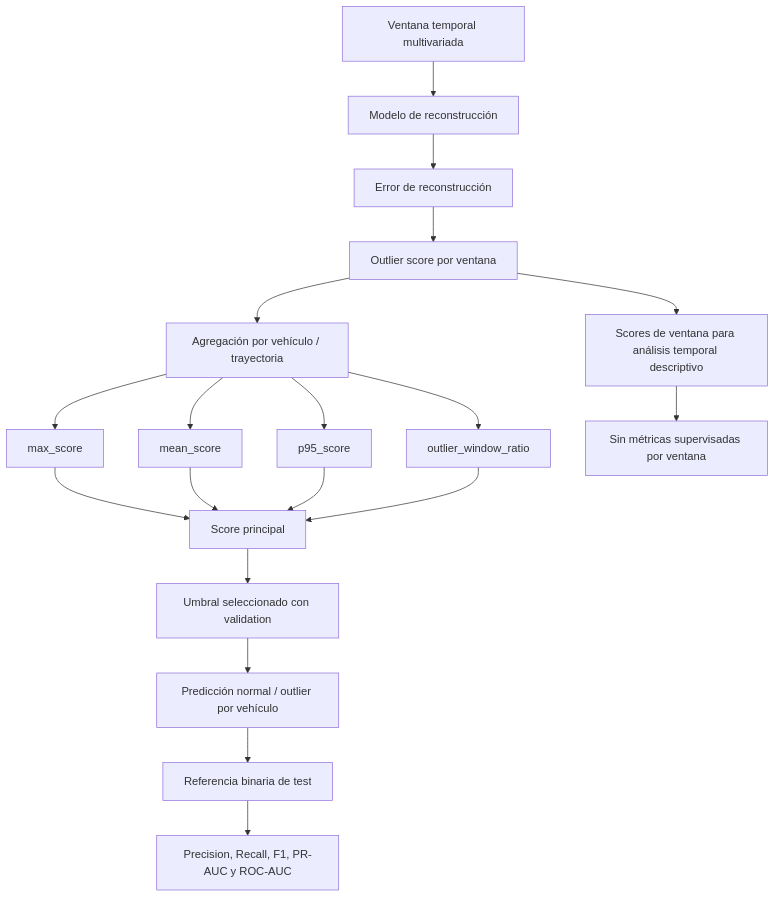
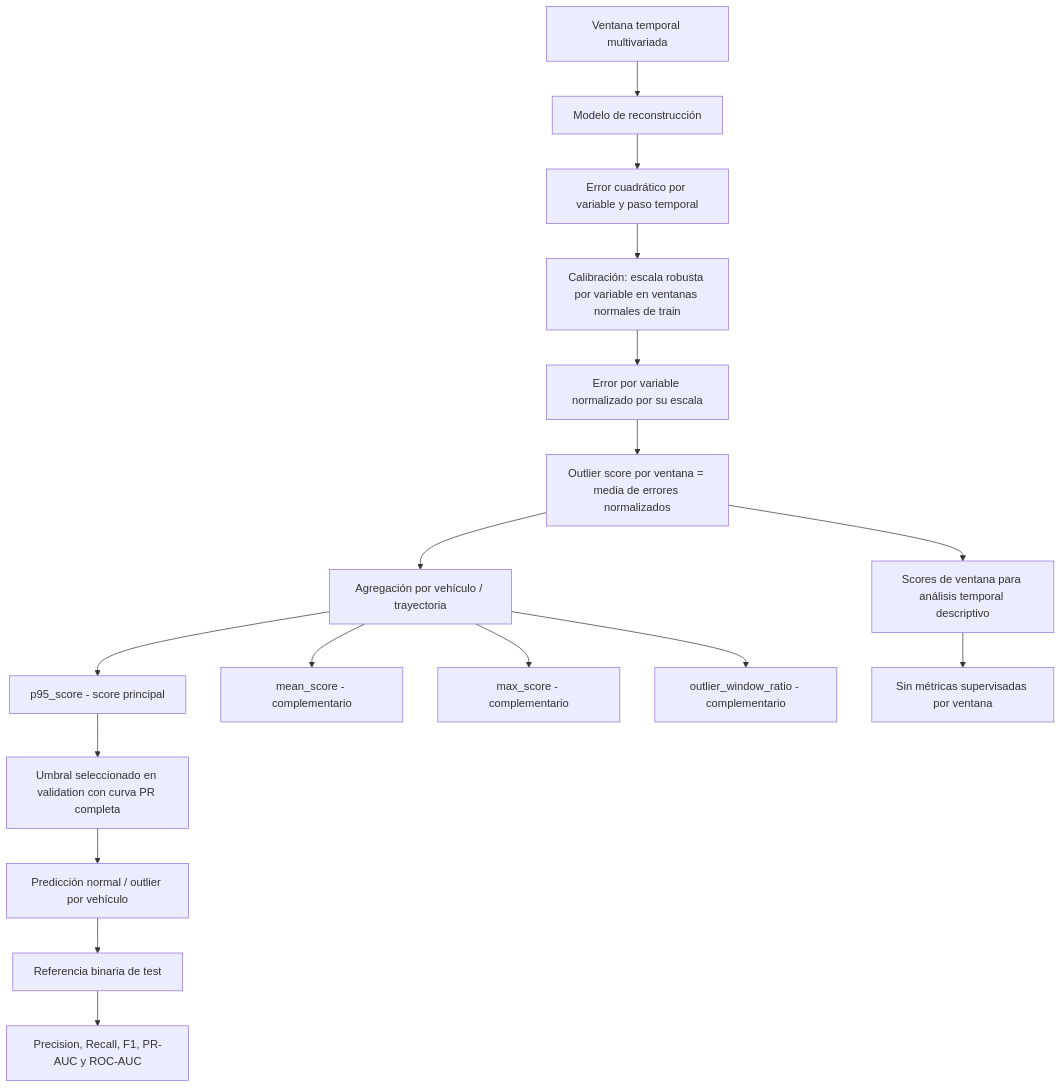
One commit to ajvilleg10/scania-component-x-outlier-detection changed the diagram in scania-component-x-outlier-detection/docs/diagrams/fig_6_4_evaluacion_ventana_vehiculo.mmd. Above: the diagram before and after it, drawn with Mermaid. The commit also changed 24 other files, not shown here.

```diff
--- a/scania-component-x-outlier-detection/docs/diagrams/fig_6_4_evaluacion_ventana_vehiculo.mmd
+++ b/scania-component-x-outlier-detection/docs/diagrams/fig_6_4_evaluacion_ventana_vehiculo.mmd
@@ -1,19 +1,17 @@
 flowchart TD
     A[Ventana temporal multivariada] --> B[Modelo de reconstrucción]
-    B --> C[Error de reconstrucción]
-    C --> D[Outlier score por ventana]
+    B --> C[Error cuadrático por variable y paso temporal]
+    C --> C1[Calibración: escala robusta por variable en ventanas normales de train]
+    C1 --> C2[Error por variable normalizado por su escala]
+    C2 --> D[Outlier score por ventana = media de errores normalizados]
     D --> E[Agregación por vehículo / trayectoria]
-    E --> E1[max_score]
-    E --> E2[mean_score]
-    E --> E3[p95_score]
-    E --> E4[outlier_window_ratio]
-    E1 --> F[Score principal]
-    E2 --> F
-    E3 --> F
-    E4 --> F
-    F --> G[Umbral seleccionado con validation]
-    G --> H[Predicción normal / outlier por vehículo]
+    E --> E1[p95_score - score principal]
+    E --> E2[mean_score - complementario]
+    E --> E3[max_score - complementario]
+    E --> E4[outlier_window_ratio - complementario]
+    E1 --> F[Umbral seleccionado en validation con curva PR completa]
+    F --> H[Predicción normal / outlier por vehículo]
     H --> I[Referencia binaria de test]
     I --> J[Precision, Recall, F1, PR-AUC y ROC-AUC]
     D --> K[Scores de ventana para análisis temporal descriptivo]
     K --> L[Sin métricas supervisadas por ventana]
```
